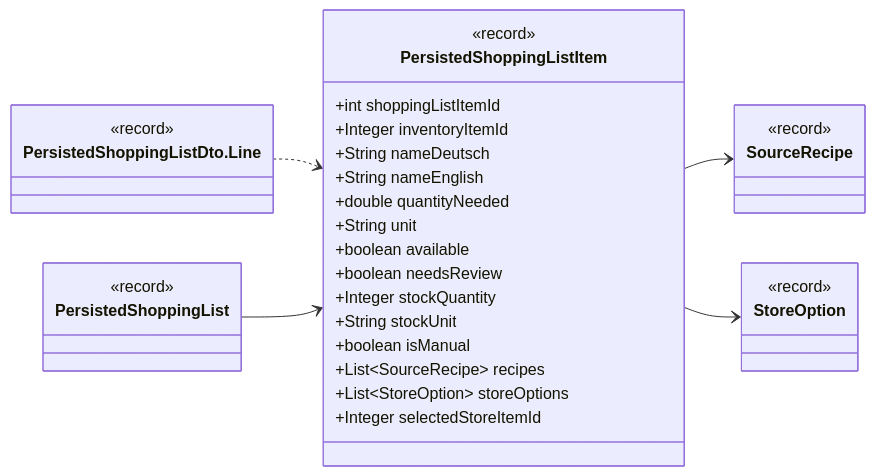
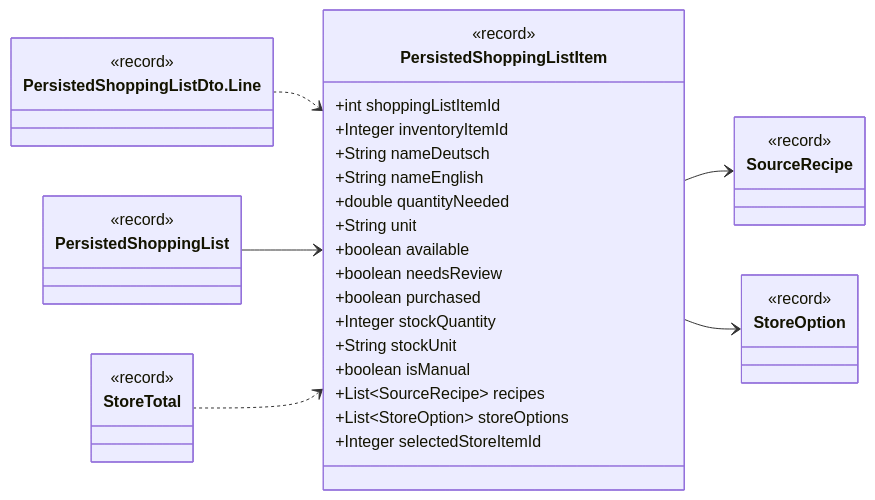
One commit to Nate-ryan-7690/dahaem changed the fifth of 16 diagrams in docs/classes/shopping.md. Above: the diagram before and after it, drawn with Mermaid. The commit also changed other lines of this file and 4 other files, not shown here.

````diff
--- a/docs/classes/shopping.md
+++ b/docs/classes/shopping.md
@@ -174,37 +203,42 @@
 ```mermaid
 classDiagram
     direction LR
     class shopping_PersistedShoppingListItem["PersistedShoppingListItem"] {
         <<record>>
         +int shoppingListItemId
         +Integer inventoryItemId
         +String nameDeutsch
         +String nameEnglish
         +double quantityNeeded
         +String unit
         +boolean available
         +boolean needsReview
+        +boolean purchased
         +Integer stockQuantity
         +String stockUnit
         +boolean isManual
         +List~SourceRecipe~ recipes
         +List~StoreOption~ storeOptions
         +Integer selectedStoreItemId
     }
     class shopping_SourceRecipe["SourceRecipe"] {
         <<record>>
     }
     class shopping_StoreOption["StoreOption"] {
         <<record>>
     }
     class shopping_PersistedShoppingList["PersistedShoppingList"] {
         <<record>>
     }
     class api_PersistedShoppingListDto_Line["PersistedShoppingListDto.Line"] {
         <<record>>
     }
+    class shopping_StoreTotal["StoreTotal"] {
+        <<record>>
+    }
     shopping_PersistedShoppingListItem --> shopping_SourceRecipe
     shopping_PersistedShoppingListItem --> shopping_StoreOption
     api_PersistedShoppingListDto_Line ..> shopping_PersistedShoppingListItem
     shopping_PersistedShoppingList --> shopping_PersistedShoppingListItem
+    shopping_StoreTotal ..> shopping_PersistedShoppingListItem
 ```
````
